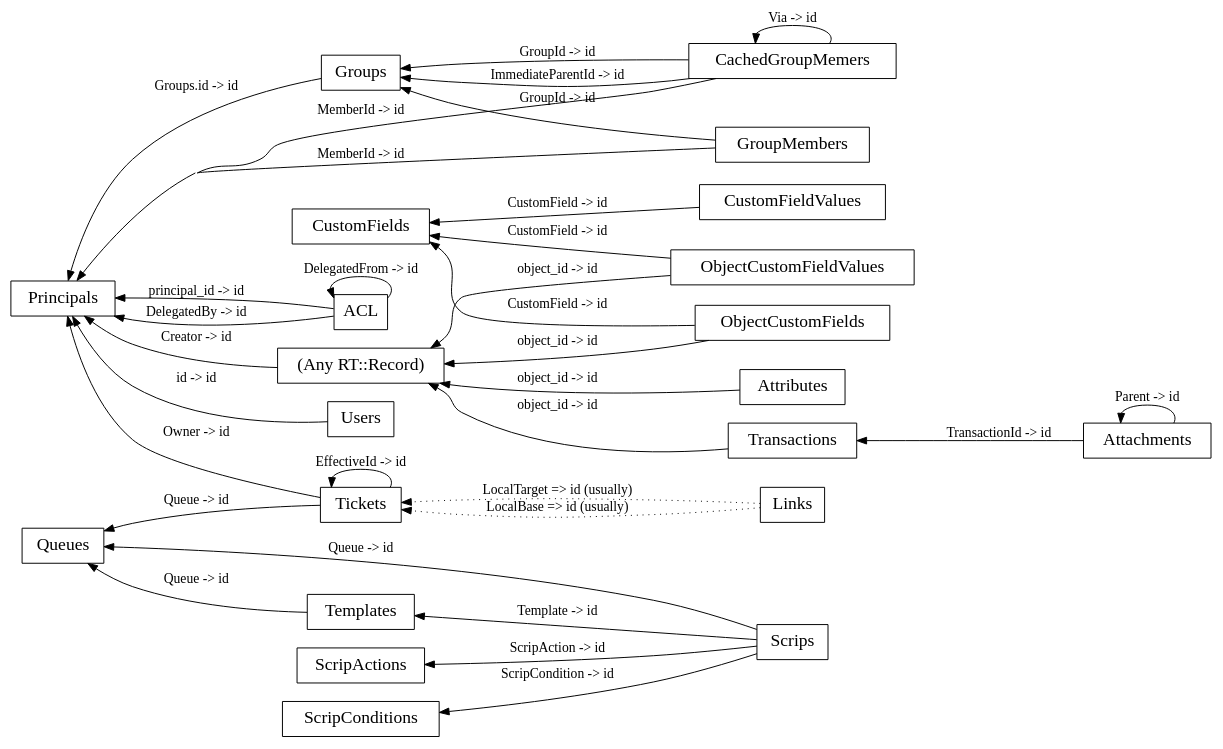
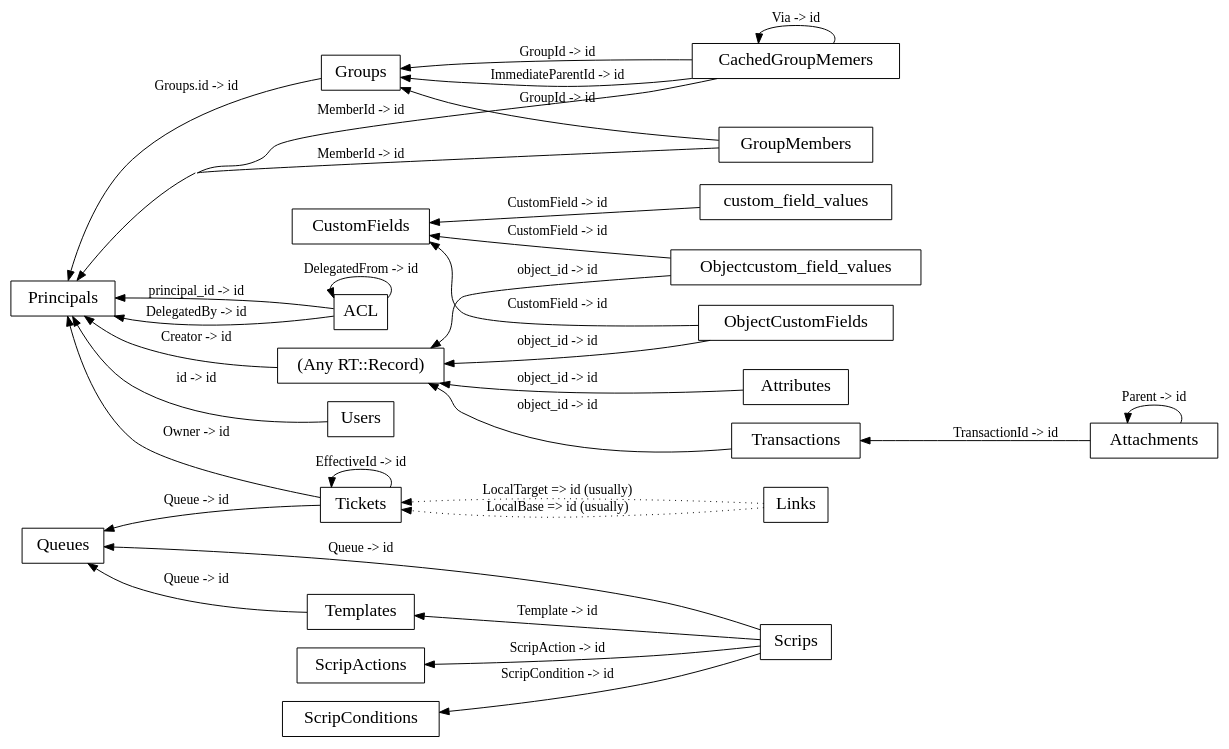
Before and after one commit to bestpractical/rt: the diagram in docs/rt3-schema-relationships.dot, drawn with Graphviz. The commit also changed 94 other files, not shown here.

```diff
--- a/docs/rt3-schema-relationships.dot
+++ b/docs/rt3-schema-relationships.dot
@@ -1,89 +1,89 @@
 digraph g {
 graph [
 rankdir = "RL",
  concentrate = true,
 ratio = auto
 ];
 node [
 fontsize = "18",
 shape = record, fontsize = 18
 ];
 edge [
 ];
 
 "Records" [shape = record, fontsize = 18, label = "(Any RT::Record)" ];
 "Records" -> "Principals" [label = "Creator -> id"];
 "ACL" [shape = record, fontsize = 18, label = "<col0> \N " ];
 "ACL" -> "Principals" [label="principal_id -> id"];
 "ACL" -> "Principals" [label="DelegatedBy -> id"];
 "ACL" -> "ACL" [label="DelegatedFrom -> id"];
 
 "Attachments" [shape = record, fontsize = 18, label = "<col0> \N " ];
 "Attachments" -> "Transactions" [label="TransactionId -> id"];
 "Attachments" -> "Attachments" [label="Parent -> id"];
 
 "CachedGroupMemers" [shape = record, fontsize = 18, label = "<col0> \N " ];
 "CachedGroupMemers" -> "Groups" [label="GroupId -> id", weight=2];
 "CachedGroupMemers" -> "Principals" [label="MemberId -> id"];
 "CachedGroupMemers" -> "CachedGroupMemers" [label="Via -> id"];
 "CachedGroupMemers" -> "Groups" [label="ImmediateParentId -> id"];
 
 "CustomFields" [shape = record, fontsize = 18, label = "<col0> \N " ];
 
-"CustomFieldValues" [shape = record, fontsize = 18, label = "<col0> \N " ];
-"CustomFieldValues" -> "CustomFields" [label="CustomField -> id"];
+"custom_field_values" [shape = record, fontsize = 18, label = "<col0> \N " ];
+"custom_field_values" -> "CustomFields" [label="CustomField -> id"];
 
 "GroupMembers" [shape = record, fontsize = 18, label = "<col0> \N " ];
 "GroupMembers" -> "Groups" [label="GroupId -> id", weight=2];
 "GroupMembers" -> "Principals" [label="MemberId -> id", weight = 2];
 
 "Groups" [shape = record, fontsize = 18, label = "<col0> \N " ];
 "Groups" -> "Principals" [label="Groups.id -> id"];
 
 "Links" [shape = record, fontsize = 18, label = "<col0> \N " ];
 "Links" -> "Tickets" [label="LocalBase => id (usually)", style="dotted"];
 "Links" -> "Tickets" [label="LocalTarget => id (usually)", style="dotted"];
 
 "Principals" [shape = record, fontsize = 18, label = "<col0> \N " ];
 
 "Attributes" [shape = record, fontsize = 18, label = "<col0> \N " ];
 "Attributes" -> "Records" [label="object_id -> id"];
 
 "Queues" [shape = record, fontsize = 18, label = "<col0> \N " ];
 
 "ScripActions" [shape = record, fontsize = 18, label = "<col0> \N " ];
 
 "ScripConditions" [shape = record, fontsize = 18, label = "<col0> \N " ];
 
 "Scrips" [shape = record, fontsize = 18, label = "<col0> \N " ];
 "Scrips" -> "ScripConditions" [label="ScripCondition -> id"];
 "Scrips" -> "ScripActions" [label="ScripAction -> id"];
 "Scrips" -> "Templates" [label="Template -> id"];
 "Scrips" -> "Queues" [label="Queue -> id"];
 
 "Templates" [shape = record, fontsize = 18, label = "<col0> \N " ];
 "Templates" -> "Queues" [label ="Queue -> id" ];
 
 "ObjectCustomFields" [shape = record, fontsize = 18, label = "<col0> \N " ];
 "ObjectCustomFields" -> "CustomFields" [label="CustomField -> id"];
 "ObjectCustomFields" -> "Records" [label="object_id -> id"];
 
-"ObjectCustomFieldValues" [shape = record, fontsize = 18, label = "<col0> \N " ];
-"ObjectCustomFieldValues" -> "CustomFields" [label="CustomField -> id"];
-"ObjectCustomFieldValues" -> "Records" [label="object_id -> id"];
+"Objectcustom_field_values" [shape = record, fontsize = 18, label = "<col0> \N " ];
+"Objectcustom_field_values" -> "CustomFields" [label="CustomField -> id"];
+"Objectcustom_field_values" -> "Records" [label="object_id -> id"];
 
 "Tickets" [shape = record, fontsize = 18, label = "<col0> \N " ];
 "Tickets" -> "Tickets" [label="EffectiveId -> id"];
 "Tickets" -> "Principals" [label="Owner -> id"];
 "Queues" -> "Tickets" [style="invis"];
 "Tickets" -> "Queues" [label="Queue -> id"];
 
 "Transactions" [shape = record, fontsize = 18, label = "<col0> \N " ];
 "Transactions" -> "Records" [label="object_id -> id"];
 
 "Users" [shape = record, fontsize = 18, label = "<col0> \N " ];
 
 "Users" -> "Principals" [label="id -> id"];
 
 
 }
```
